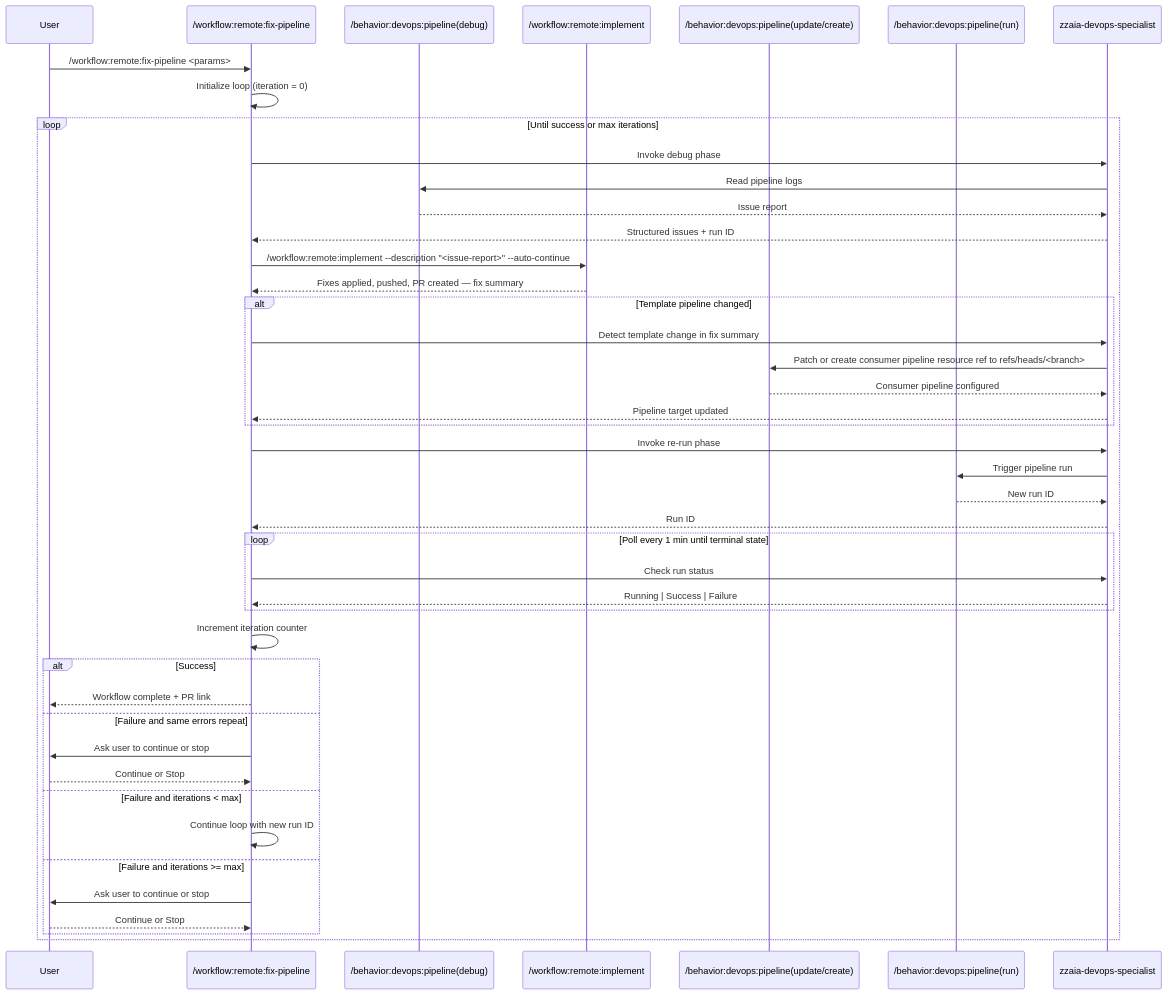
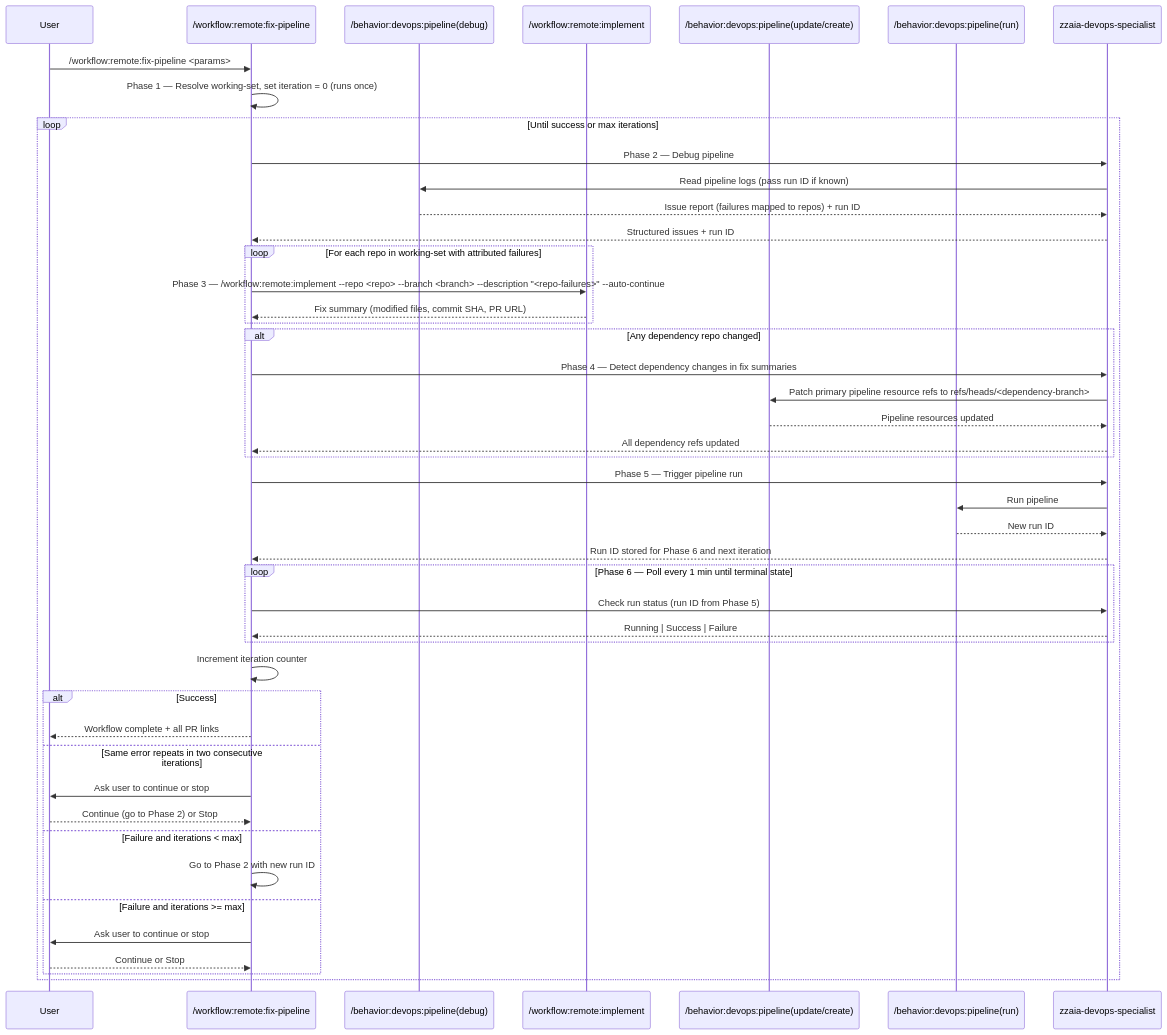
The diagram in .claude/commands/workflow/remote/fix-pipeline.md (zzaia/zzaia-agentic-workspace), drawn with Mermaid before and after one commit. The commit also changed other lines of this file, not shown here.

Commit message:
Improving the fix-pipeline workflow;

````diff
--- a/.claude/commands/workflow/remote/fix-pipeline.md
+++ b/.claude/commands/workflow/remote/fix-pipeline.md
@@ -105,54 +117,56 @@
 ```mermaid
 sequenceDiagram
     participant U as User
     participant W as /workflow:remote:fix-pipeline
     participant DBG as /behavior:devops:pipeline(debug)
     participant IMP as /workflow:remote:implement
     participant TPL as /behavior:devops:pipeline(update/create)
     participant RUN as /behavior:devops:pipeline(run)
     participant A1 as zzaia-devops-specialist
 
     U->>W: /workflow:remote:fix-pipeline <params>
-    W->>W: Initialize loop (iteration = 0)
+    W->>W: Phase 1 — Resolve working-set, set iteration = 0 (runs once)
 
     loop Until success or max iterations
-        W->>A1: Invoke debug phase
-        A1->>DBG: Read pipeline logs
-        DBG-->>A1: Issue report
+        W->>A1: Phase 2 — Debug pipeline
+        A1->>DBG: Read pipeline logs (pass run ID if known)
+        DBG-->>A1: Issue report (failures mapped to repos) + run ID
         A1-->>W: Structured issues + run ID
 
-        W->>IMP: /workflow:remote:implement --description "<issue-report>" --auto-continue
-        IMP-->>W: Fixes applied, pushed, PR created — fix summary
-
-        alt Template pipeline changed
-            W->>A1: Detect template change in fix summary
-            A1->>TPL: Patch or create consumer pipeline resource ref to refs/heads/<branch>
-            TPL-->>A1: Consumer pipeline configured
-            A1-->>W: Pipeline target updated
+        loop For each repo in working-set with attributed failures
+            W->>IMP: Phase 3 — /workflow:remote:implement --repo <repo> --branch <branch> --description "<repo-failures>" --auto-continue
+            IMP-->>W: Fix summary (modified files, commit SHA, PR URL)
         end
 
-        W->>A1: Invoke re-run phase
-        A1->>RUN: Trigger pipeline run
+        alt Any dependency repo changed
+            W->>A1: Phase 4 — Detect dependency changes in fix summaries
+            A1->>TPL: Patch primary pipeline resource refs to refs/heads/<dependency-branch>
+            TPL-->>A1: Pipeline resources updated
+            A1-->>W: All dependency refs updated
+        end
+
+        W->>A1: Phase 5 — Trigger pipeline run
+        A1->>RUN: Run pipeline
         RUN-->>A1: New run ID
-        A1-->>W: Run ID
+        A1-->>W: Run ID stored for Phase 6 and next iteration
 
-        loop Poll every 1 min until terminal state
-            W->>A1: Check run status
+        loop Phase 6 — Poll every 1 min until terminal state
+            W->>A1: Check run status (run ID from Phase 5)
             A1-->>W: Running | Success | Failure
         end
 
         W->>W: Increment iteration counter
 
         alt Success
-            W-->>U: Workflow complete + PR link
-        else Failure and same errors repeat
+            W-->>U: Workflow complete + all PR links
+        else Same error repeats in two consecutive iterations
             W->>U: Ask user to continue or stop
-            U-->>W: Continue or Stop
+            U-->>W: Continue (go to Phase 2) or Stop
         else Failure and iterations < max
-            W->>W: Continue loop with new run ID
+            W->>W: Go to Phase 2 with new run ID
         else Failure and iterations >= max
             W->>U: Ask user to continue or stop
             U-->>W: Continue or Stop
         end
     end
 ```
````
